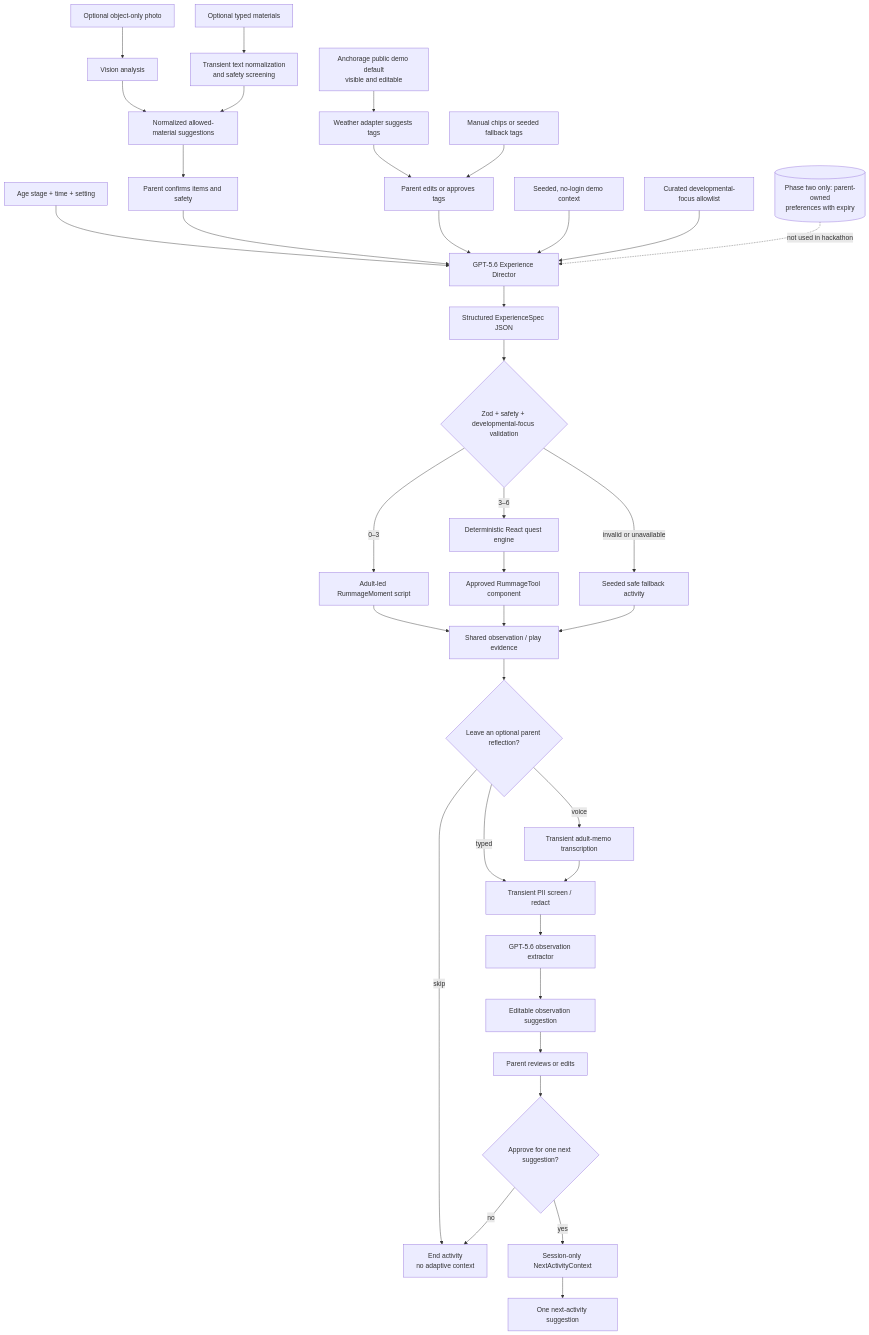
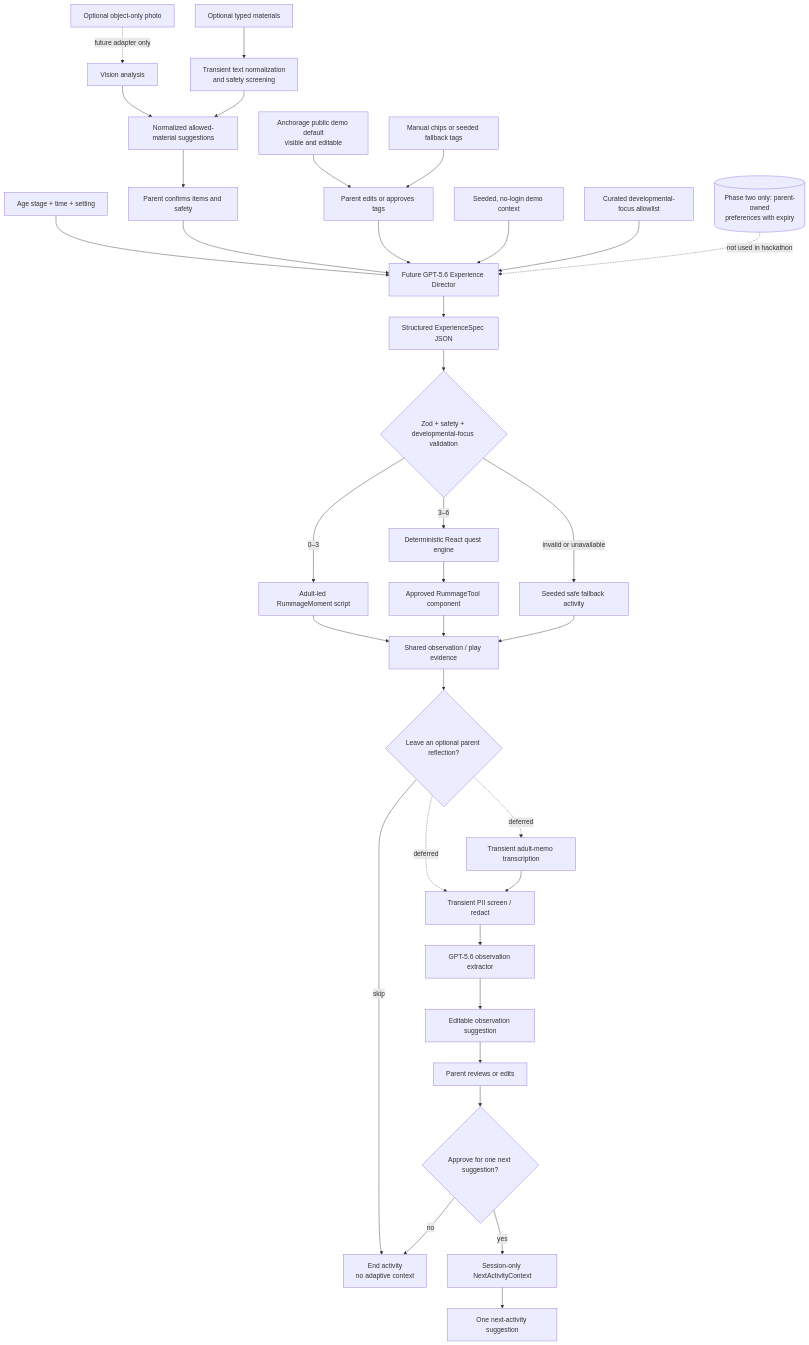
Before and after one commit to hqt08/RummageLab: the diagram in docs/architecture.md, drawn with Mermaid. The commit also changed other lines of this file and 21 other files, not shown here.

````diff
--- a/docs/architecture.md
+++ b/docs/architecture.md
@@ -8,40 +8,39 @@
 ```mermaid
 flowchart TB
-  PHOTO["Optional object-only photo"] --> VISION["Vision analysis"]
+  PHOTO["Optional object-only photo"] -. "future adapter only" .-> VISION["Vision analysis"]
   VISION --> INVENTORY["Normalized allowed-material suggestions"]
   TYPED["Optional typed materials"] --> NORMALIZE["Transient text normalization<br/>and safety screening"]
   NORMALIZE --> INVENTORY
   INPUT["Age stage + time + setting"] --> DIRECTOR
   INVENTORY --> CONFIRM["Parent confirms items and safety"]
   CONFIRM --> DIRECTOR
-  CITY["Anchorage public demo default<br/>visible and editable"] --> WEATHER["Weather adapter suggests tags"]
-  WEATHER --> WEATHER_CONFIRM["Parent edits or approves tags"]
+  CITY["Anchorage public demo default<br/>visible and editable"] --> WEATHER_CONFIRM["Parent edits or approves tags"]
   MANUAL["Manual chips or seeded fallback tags"] --> WEATHER_CONFIRM
   WEATHER_CONFIRM --> DIRECTOR
   DEMO_CONTEXT["Seeded, no-login demo context"] --> DIRECTOR
   GOALS["Curated developmental-focus allowlist"] --> DIRECTOR
 
-  DIRECTOR["GPT-5.6 Experience Director"] --> JSON["Structured ExperienceSpec JSON"]
+  DIRECTOR["Future GPT-5.6 Experience Director"] --> JSON["Structured ExperienceSpec JSON"]
   JSON --> VALIDATE{"Zod + safety + developmental-focus validation"}
   VALIDATE -->|0–3| MOMENT["Adult-led RummageMoment script"]
   VALIDATE -->|3–6| RENDER["Deterministic React quest engine"]
   VALIDATE -->|invalid or unavailable| FALLBACK["Seeded safe fallback activity"]
   RENDER --> TOOL["Approved RummageTool component"]
   MOMENT --> ARTIFACT["Shared observation / play evidence"]
   TOOL --> ARTIFACT
   FALLBACK --> ARTIFACT
   ARTIFACT --> REFLECTION{"Leave an optional parent reflection?"}
-  REFLECTION -->|voice| TRANSCRIBE["Transient adult-memo transcription"]
-  REFLECTION -->|typed| SCREEN["Transient PII screen / redact"]
+  REFLECTION -. "deferred" .-> TRANSCRIBE["Transient adult-memo transcription"]
+  REFLECTION -. "deferred" .-> SCREEN["Transient PII screen / redact"]
   REFLECTION -->|skip| END["End activity<br/>no adaptive context"]
   TRANSCRIBE --> SCREEN
   SCREEN --> EXTRACT["GPT-5.6 observation extractor"]
   EXTRACT --> EVENT["Editable observation suggestion"]
   EVENT --> REVIEW["Parent reviews or edits"]
   REVIEW --> APPROVE{"Approve for one next suggestion?"}
   APPROVE -->|yes| SESSION["Session-only NextActivityContext"]
   APPROVE -->|no| END
   SESSION --> NEXT["One next-activity suggestion"]
   FUTURE[("Phase two only: parent-owned<br/>preferences with expiry")]
   FUTURE -. "not used in hackathon" .-> DIRECTOR
 ```
````
